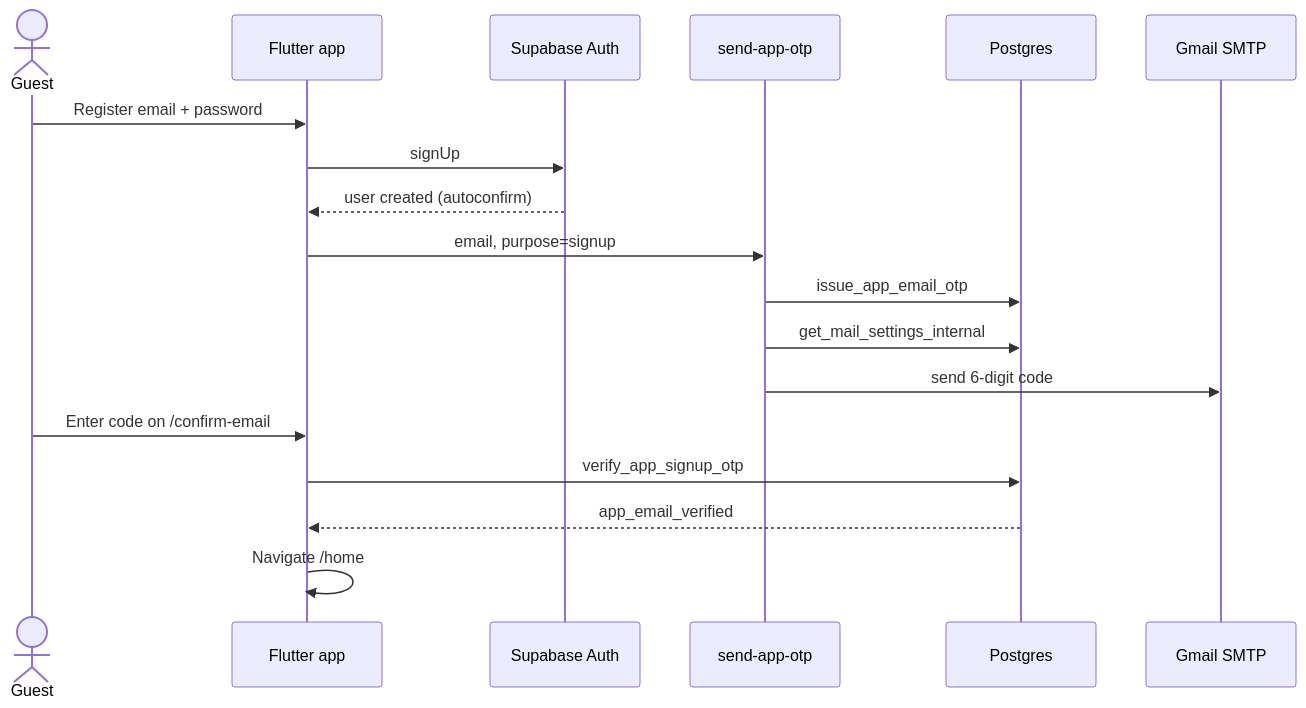
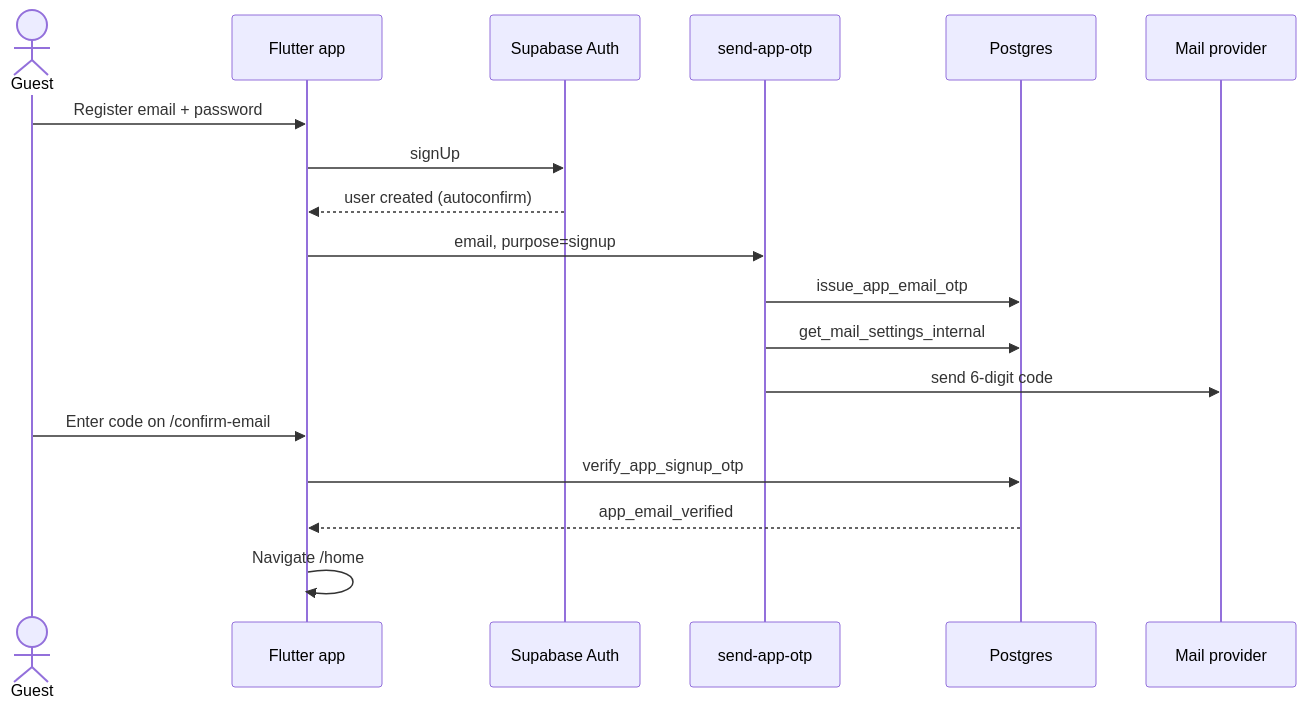
One commit to preshan/SYU-Sri-Lanka changed the second of 7 diagrams in docs/USE_CASES.md. Above: the diagram before and after it, drawn with Mermaid. The commit also changed other lines of this file and 5 other files, not shown here.

````diff
--- a/docs/USE_CASES.md
+++ b/docs/USE_CASES.md
@@ -73,21 +73,21 @@
 ```mermaid
 sequenceDiagram
   actor U as Guest
   participant App as Flutter app
   participant Auth as Supabase Auth
   participant Fn as send-app-otp
   participant DB as Postgres
-  participant Mail as Gmail SMTP
+  participant Mail as Mail provider
 
   U->>App: Register email + password
   App->>Auth: signUp
   Auth-->>App: user created (autoconfirm)
   App->>Fn: email, purpose=signup
   Fn->>DB: issue_app_email_otp
   Fn->>DB: get_mail_settings_internal
   Fn->>Mail: send 6-digit code
   U->>App: Enter code on /confirm-email
   App->>DB: verify_app_signup_otp
   DB-->>App: app_email_verified
   App->>App: Navigate /home
 ```
````
